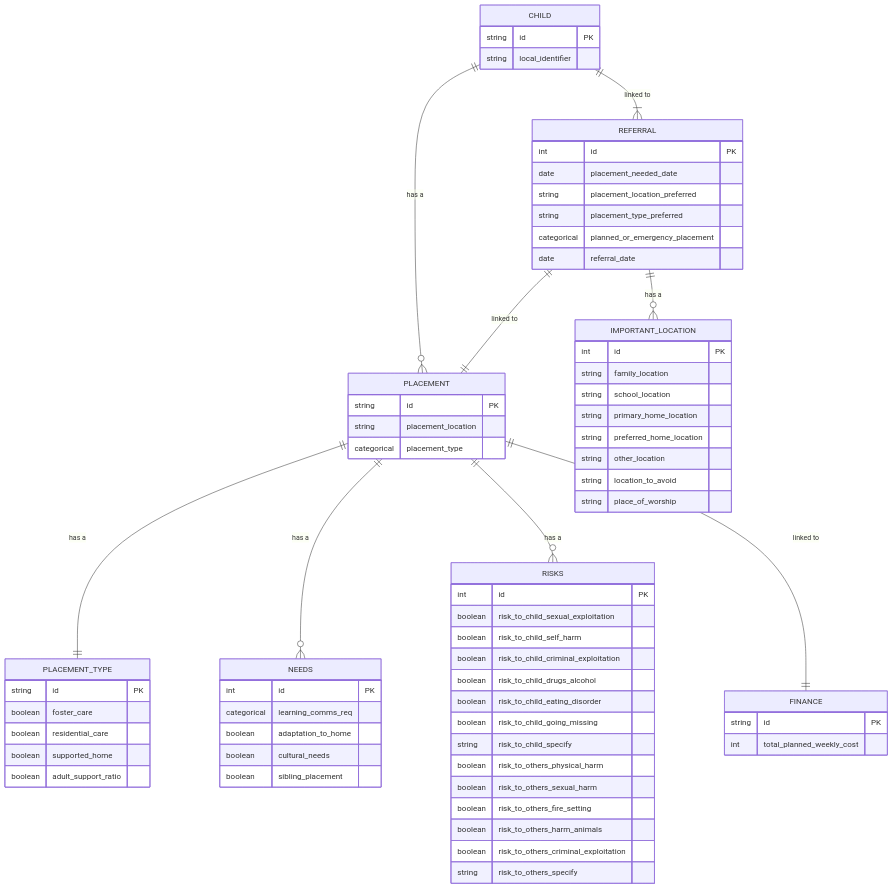
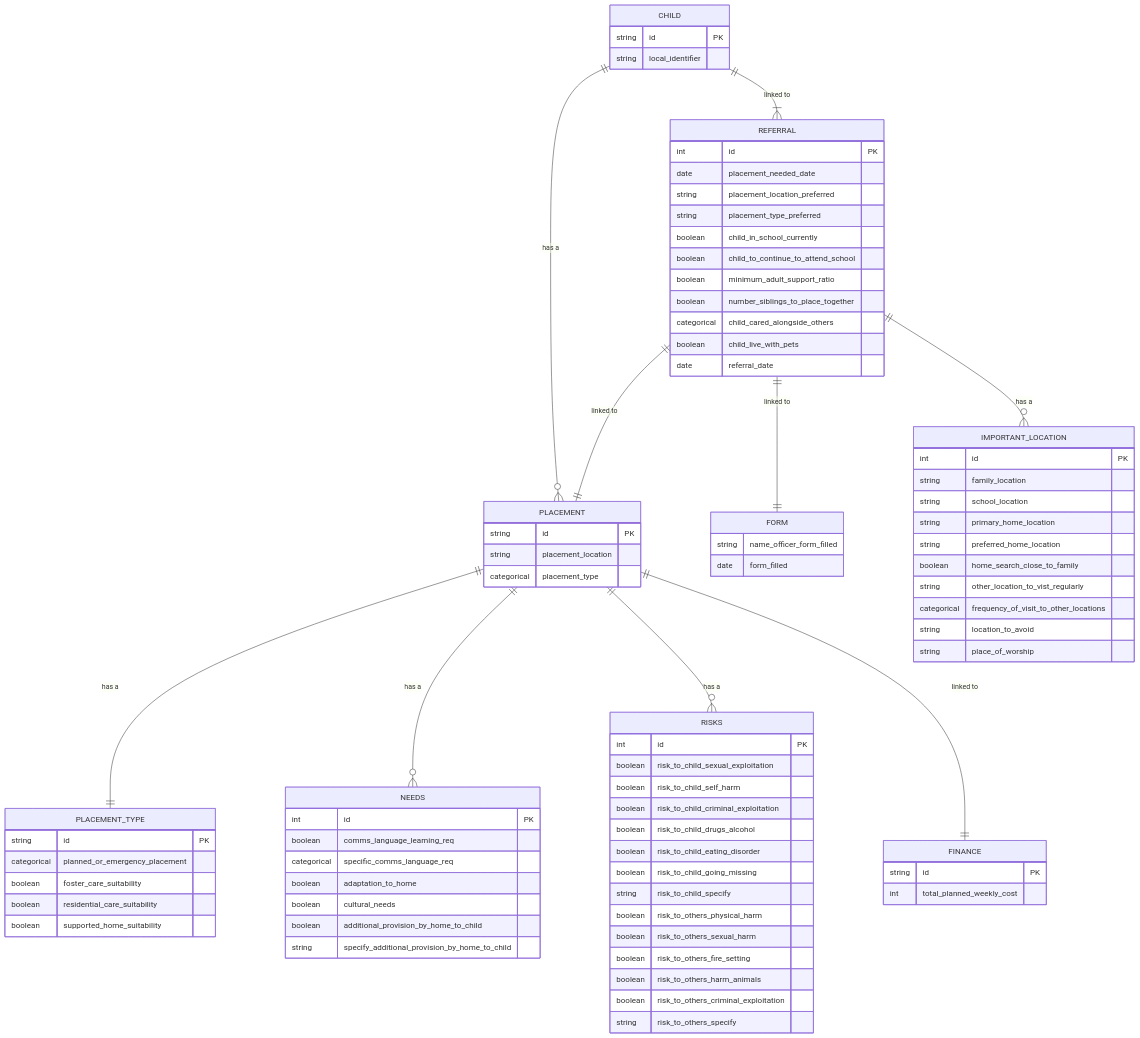
Before and after one commit to SocialFinanceDigitalLabs/sw-sufficiency-model: the diagram in README.md, drawn with Mermaid. The commit also changed other lines of this file, not shown here.

````diff
--- a/README.md
+++ b/README.md
@@ -7,6 +7,7 @@
     CHILD ||--o{ PLACEMENT : "has a"
     PLACEMENT ||--|| PLACEMENT_TYPE: "has a"
     REFERRAL ||--|| PLACEMENT : "linked to"
+    REFERRAL ||--|| FORM : "linked to"
     CHILD ||--|{ REFERRAL : "linked to"
     REFERRAL ||--o{ IMPORTANT_LOCATION : "has a"
     PLACEMENT ||--o{ NEEDS : "has a"
@@ -23,17 +24,22 @@
     }
     PLACEMENT_TYPE {
         string id PK
-        boolean foster_care
-        boolean residential_care
-        boolean supported_home
-        boolean adult_support_ratio
+        categorical planned_or_emergency_placement
+        boolean foster_care_suitability
+        boolean residential_care_suitability
+        boolean supported_home_suitability
     }
     REFERRAL {
         int id PK
         date placement_needed_date
         string placement_location_preferred
         string placement_type_preferred
-        categorical planned_or_emergency_placement
+        boolean child_in_school_currently
+        boolean child_to_continue_to_attend_school
+        boolean minimum_adult_support_ratio
+        boolean number_siblings_to_place_together
+        categorical child_cared_alongside_others
+        boolean child_live_with_pets
         date referral_date
     }
     IMPORTANT_LOCATION {
@@ -42,16 +48,20 @@
         string school_location
         string primary_home_location
         string preferred_home_location
-        string other_location
+        boolean home_search_close_to_family
+        string other_location_to_vist_regularly
+        categorical frequency_of_visit_to_other_locations
         string location_to_avoid
         string place_of_worship
     }
     NEEDS {
         int id PK
-        categorical learning_comms_req
+        boolean comms_language_learning_req
+        categorical specific_comms_language_req
         boolean adaptation_to_home
         boolean cultural_needs
-        boolean sibling_placement
+        boolean additional_provision_by_home_to_child
+        string specify_additional_provision_by_home_to_child
     }
 
     RISKS {
@@ -74,4 +84,8 @@
         string id PK
         int total_planned_weekly_cost
     }
+    FORM {
+        string name_officer_form_filled
+        date form_filled
+    }
 ```
````
